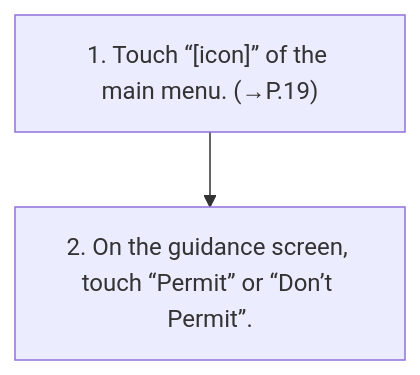
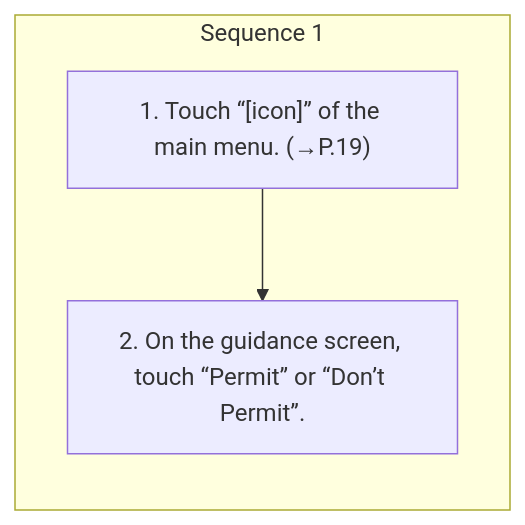
Before and after one commit to Chieko-Y/my-spec-generator: the diagram in workspace/subaru/outback-2026/ivi/published/navigation-if-equipped/2-starting-the-navigation-system.md, drawn with Mermaid. The commit also changed other lines of this file and 268 other files, not shown here.

````diff
--- a/workspace/subaru/outback-2026/ivi/published/navigation-if-equipped/2-starting-the-navigation-system.md
+++ b/workspace/subaru/outback-2026/ivi/published/navigation-if-equipped/2-starting-the-navigation-system.md
@@ -9,6 +9,9 @@
 ```mermaid
 flowchart TD
-    S1["1. Touch “[icon]” of the main menu. (→P.19)"]
-    S2["2. On the guidance screen, touch “Permit” or “Don’t Permit”."]
-    S1 --> S2
+    subgraph SEQ1["Sequence 1"]
+    direction TB
+    S1_1["1. Touch “[icon]” of the main menu. (→P.19)"]
+    S1_2["2. On the guidance screen, touch “Permit” or “Don’t Permit”."]
+    S1_1 --> S1_2
+    end
 ```
````
